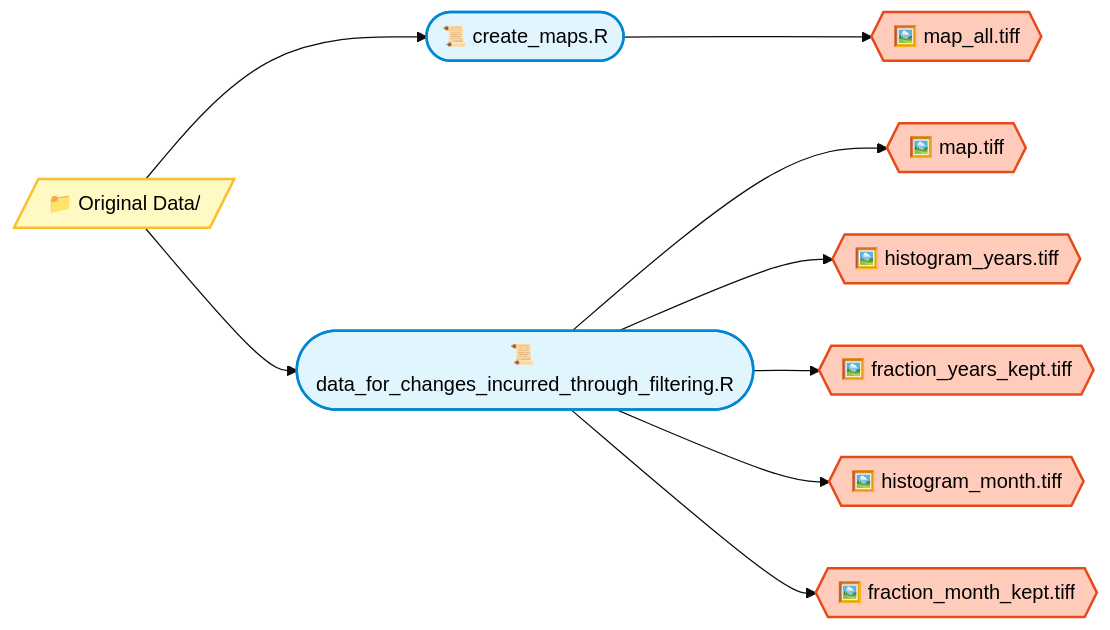
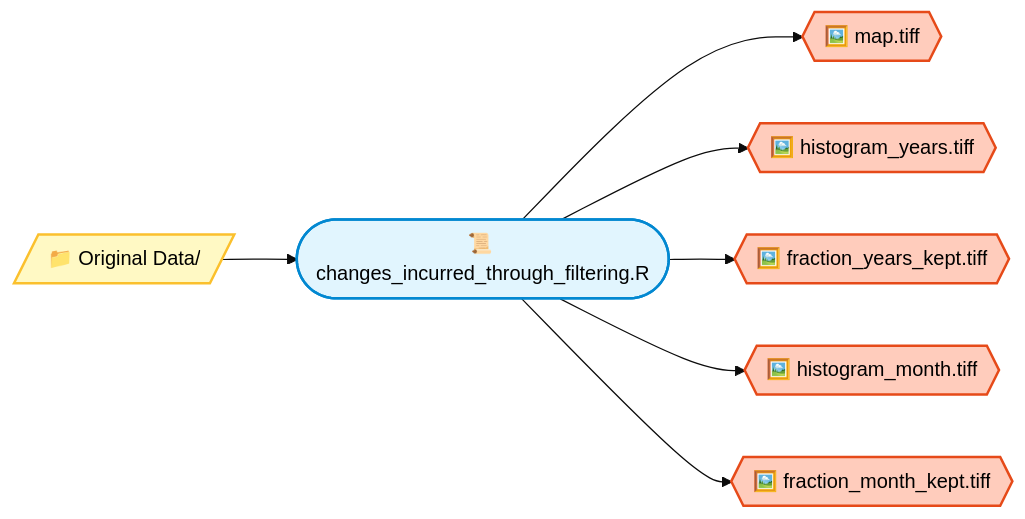
One commit to JonJup/FreshwaterTypologyBenchmarks changed the third of 3 diagrams in docs/04_results_to_paper.md. Above: the diagram before and after it, drawn with Mermaid (base theme). The commit also changed other lines of this file, not shown here.

````diff
--- a/docs/04_results_to_paper.md
+++ b/docs/04_results_to_paper.md
@@ -175,35 +129,31 @@
 ``` mermaid
 flowchart LR
 
 classDef script fill:#E1F5FE,stroke:#0288D1,stroke-width:2px,color:#000
 classDef helper fill:#F3E5F5,stroke:#7B1FA2,stroke-width:2px,color:#000
 classDef file fill:#E8F5E9,stroke:#388E3C,stroke-width:2px,color:#000
 classDef folder fill:#FFF9C4,stroke:#FBC02D,stroke-width:2px,color:#000
 classDef figure fill:#FFCCBC,stroke:#E64A19,stroke-width:2px,color:#000
 
 %% Folders
 D1[/"📁 Original Data/"/]:::folder
 
 %% Scripts
-SF1(["📜 create_maps.R"]):::script
-SF2(["📜 data_for_changes_incurred_through_filtering.R"]):::script
+SF2(["📜 changes_incurred_through_filtering.R"]):::script
 
 %% Figures
-G1{{"🖼️ map_all.tiff"}}:::figure
 G2{{"🖼️ map.tiff"}}:::figure
 G3{{"🖼️ histogram_years.tiff"}}:::figure
 G4{{"🖼️ fraction_years_kept.tiff"}}:::figure
 G5{{"🖼️ histogram_month.tiff"}}:::figure
 G6{{"🖼️ fraction_month_kept.tiff"}}:::figure
 
 %% Edges
-D1 --> SF1
 D1 --> SF2
 
-SF1 --> G1
 SF2 --> G2
 SF2 --> G3
 SF2 --> G4
 SF2 --> G5
 SF2 --> G6
 ```
````
